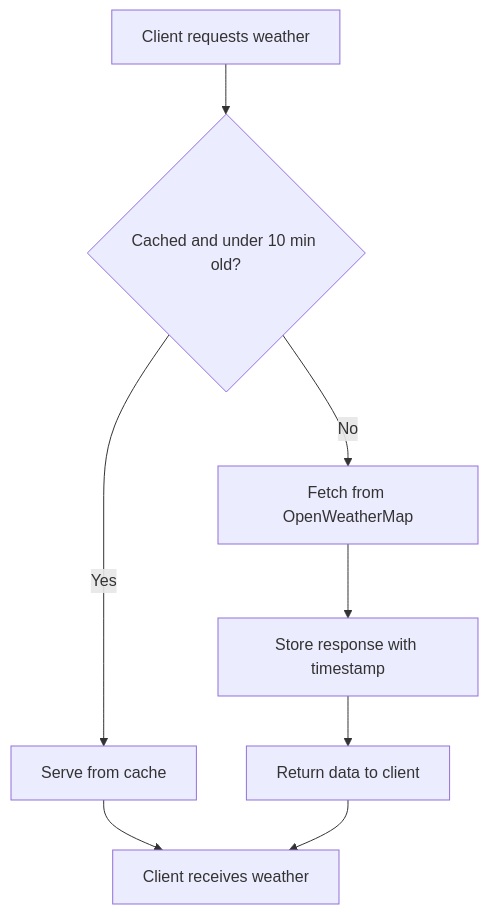
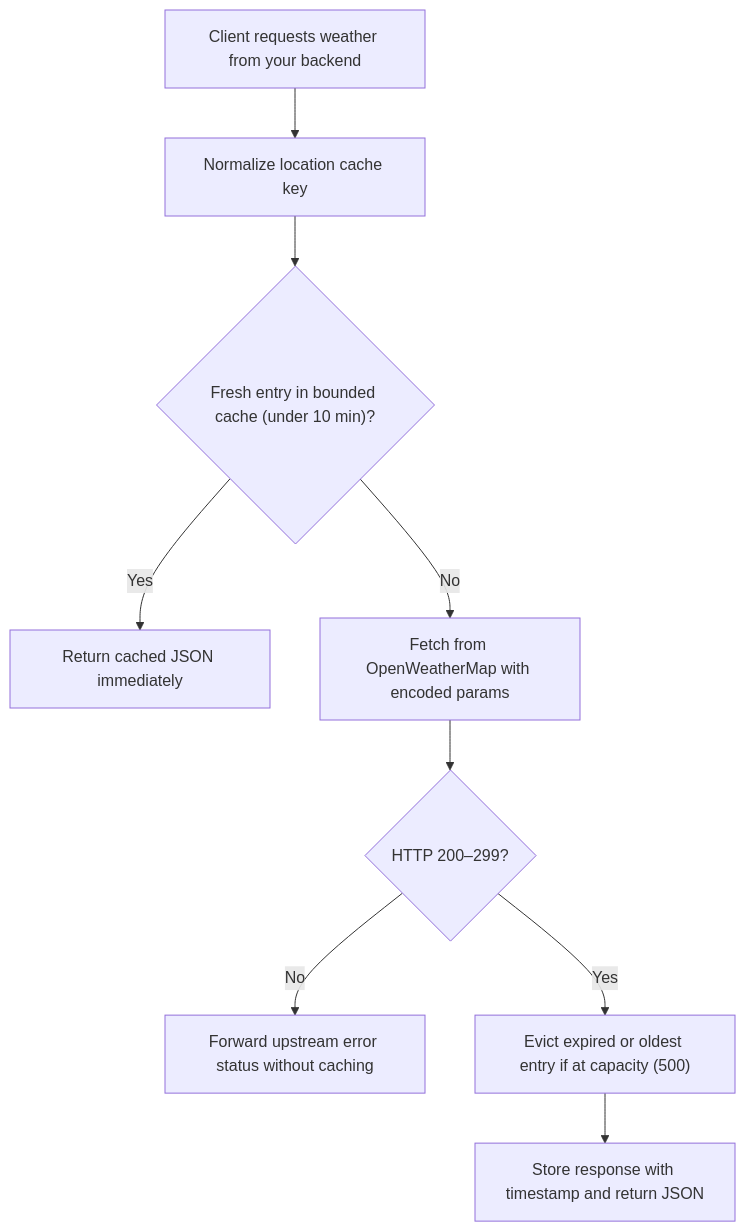
The diagram in docs/how-to/rate-limiting.md (MichelGSS/openweather-docs), drawn with Mermaid before and after one commit. The commit also changed other lines of this file and 53 other files, not shown here.

````diff
--- a/docs/how-to/rate-limiting.md
+++ b/docs/how-to/rate-limiting.md
@@ -23,10 +22,11 @@
 ```mermaid
-graph TD
-    A["Client requests weather"] --> B{"Cached and under 10 min old?"}
-    B -->|"Yes"| C["Serve from cache"]
-    B -->|"No"| D["Fetch from OpenWeatherMap"]
-    D --> E["Store response with timestamp"]
-    E --> F["Return data to client"]
-    C --> G["Client receives weather"]
-    F --> G
+flowchart TD
+    A["Client requests weather from your backend"] --> B["Normalize location cache key"]
+    B --> C{"Fresh entry in bounded cache (under 10 min)?"}
+    C -->|"Yes"| D["Return cached JSON immediately"]
+    C -->|"No"| E["Fetch from OpenWeatherMap with encoded params"]
+    E --> F{"HTTP 200–299?"}
+    F -->|"No"| G["Forward upstream error status without caching"]
+    F -->|"Yes"| H["Evict expired or oldest entry if at capacity (500)"]
+    H --> I["Store response with timestamp and return JSON"]
 ```
````
